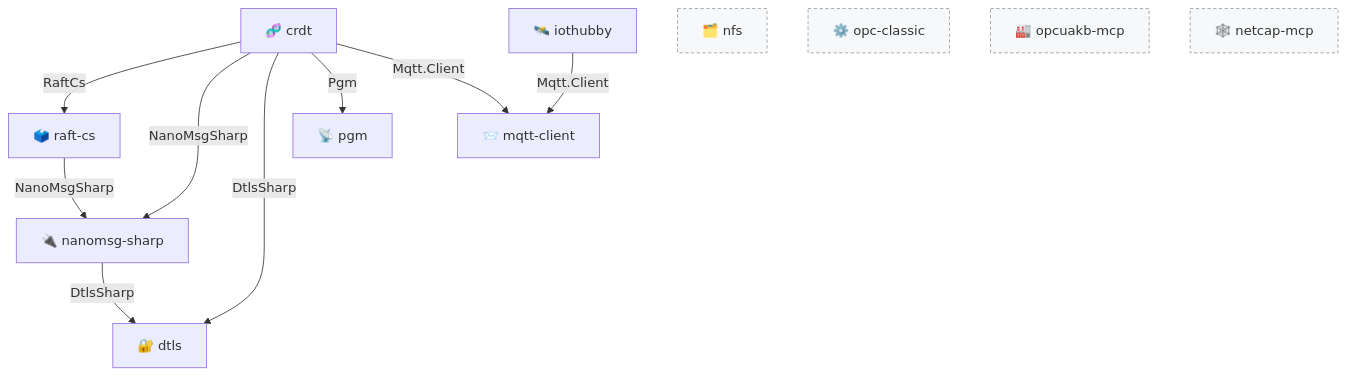
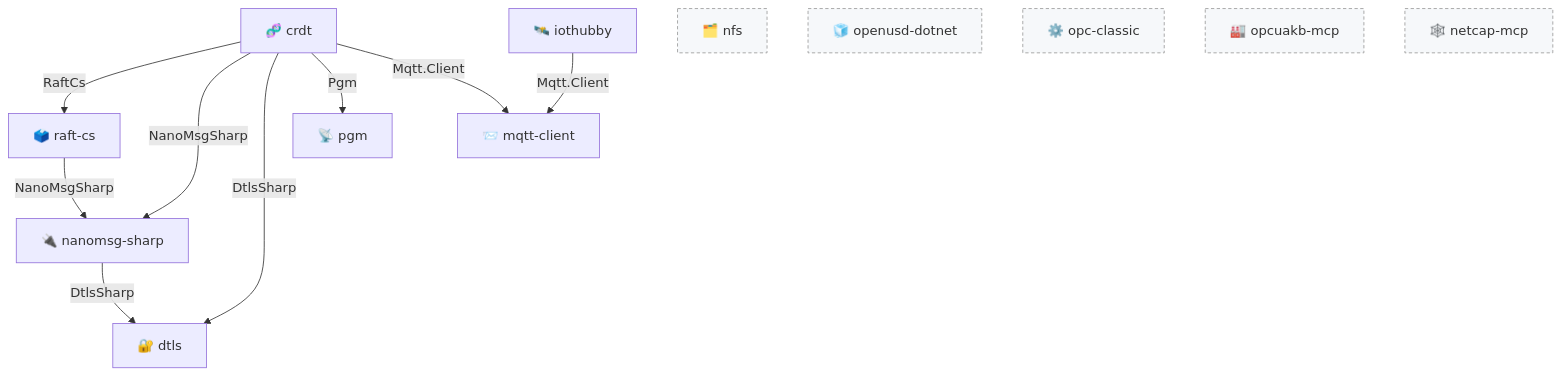
Before and after one commit to marcschier/marcschier: the diagram in README.md, drawn with Mermaid. The commit also changed other lines of this file, not shown here.

````diff
--- a/README.md
+++ b/README.md
@@ -147,19 +156,20 @@
 ```mermaid
 graph TD
     crdt["🧬 crdt"] -->|RaftCs| raftcs["🗳️ raft-cs"]
     crdt -->|NanoMsgSharp| nanomsg["🔌 nanomsg-sharp"]
     crdt -->|DtlsSharp| dtls["🔐 dtls"]
     crdt -->|Pgm| pgm["📡 pgm"]
     crdt -->|Mqtt.Client| mqtt["📨 mqtt-client"]
     raftcs -->|NanoMsgSharp| nanomsg
     nanomsg -->|DtlsSharp| dtls
     iothubby["🛰️ iothubby"] -->|Mqtt.Client| mqtt
 
     nfs["🗂️ nfs"]
+    openusd["🧊 openusd-dotnet"]
     opcclassic["⚙️ opc-classic"]
     opcuakb["🏭 opcuakb-mcp"]
     netcap["🕸️ netcap-mcp"]
 
     classDef standalone fill:#f6f8fa,stroke:#999,stroke-dasharray:4 3,color:#333;
-    class nfs,opcclassic,opcuakb,netcap standalone;
+    class nfs,openusd,opcclassic,opcuakb,netcap standalone;
 ```
````
